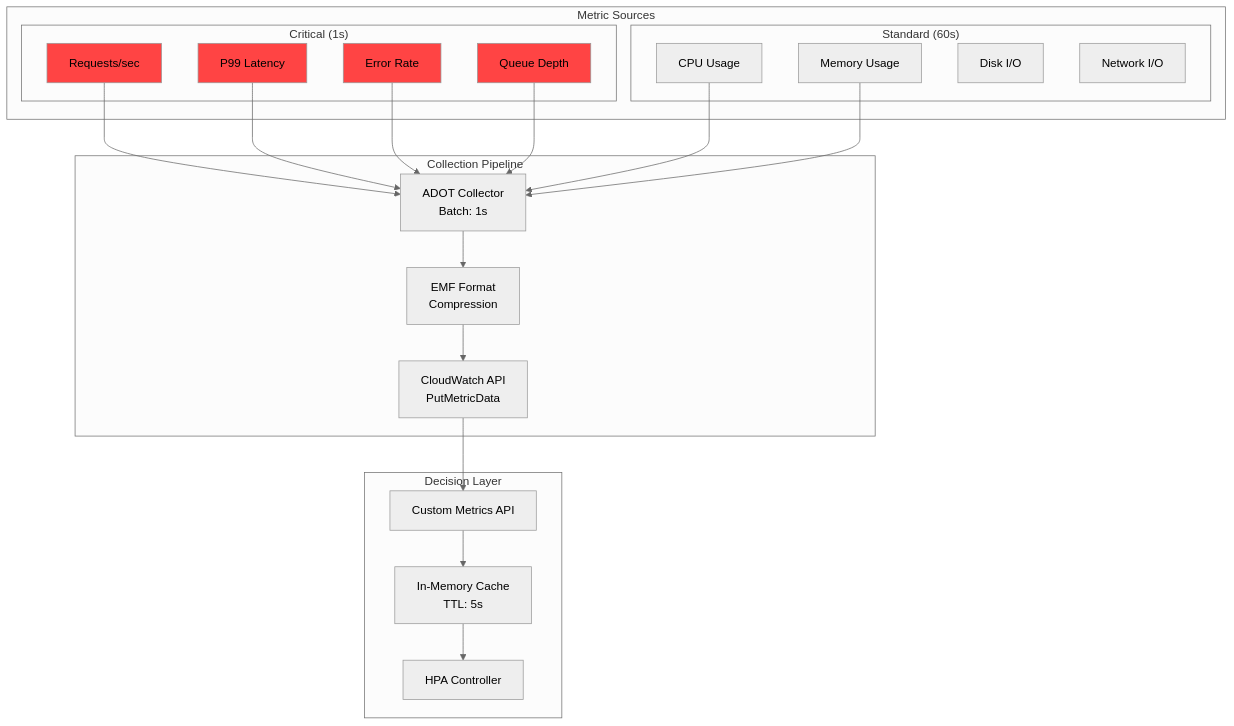
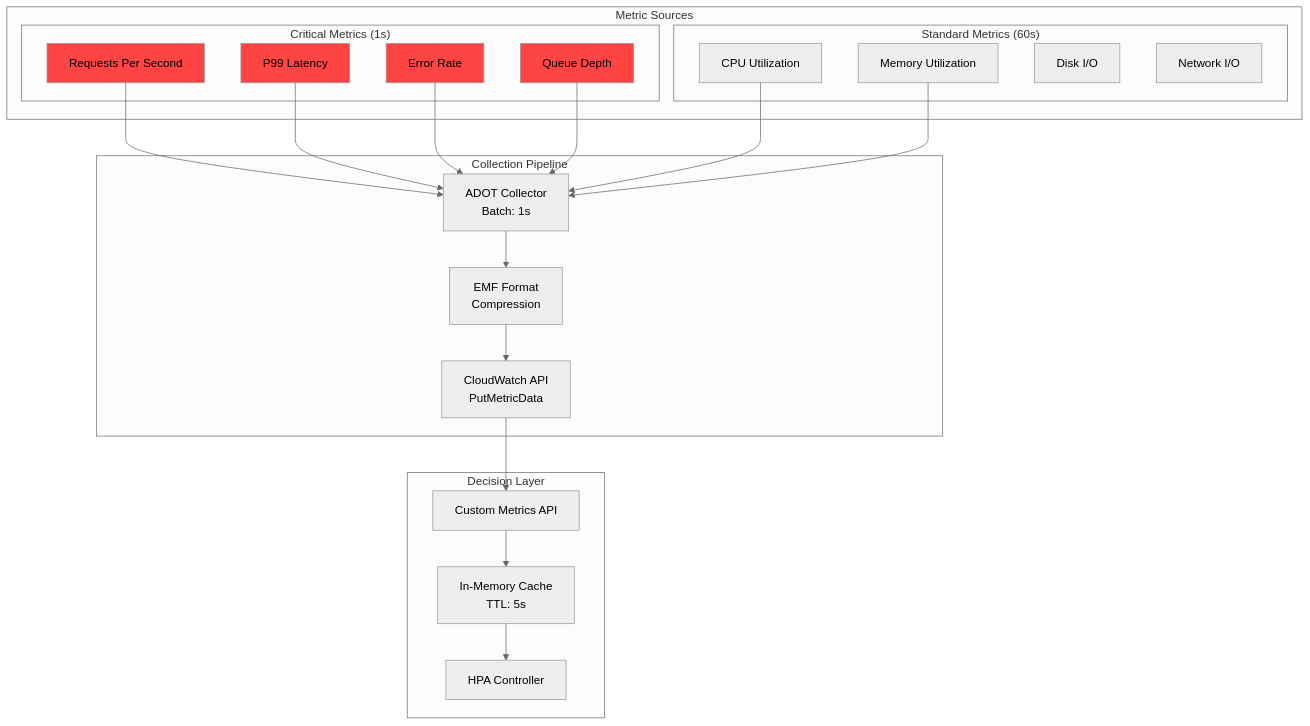
Before and after one commit to devfloor9/engineering-playbook: the fifth of 33 diagrams in i18n/en/docusaurus-plugin-content-docs/current/infrastructure-optimization/karpenter-autoscaling.md, drawn with Mermaid (neutral theme). The commit also changed other lines of this file and 43 other files, not shown here.

````diff
--- a/i18n/en/docusaurus-plugin-content-docs/current/infrastructure-optimization/karpenter-autoscaling.md
+++ b/i18n/en/docusaurus-plugin-content-docs/current/infrastructure-optimization/karpenter-autoscaling.md
@@ -125,50 +354,50 @@
 ```mermaid
 graph TB
     subgraph "Metric Sources"
-        subgraph "Critical (1s)"
-            RPS[Requests/sec]
+        subgraph "Critical Metrics (1s)"
+            RPS[Requests Per Second]
             LAT[P99 Latency]
             ERR[Error Rate]
             QUEUE[Queue Depth]
         end
 
-        subgraph "Standard (60s)"
-            CPU[CPU Usage]
-            MEM[Memory Usage]
+        subgraph "Standard Metrics (60s)"
+            CPU[CPU Utilization]
+            MEM[Memory Utilization]
             DISK[Disk I/O]
             NET[Network I/O]
         end
     end
 
     subgraph "Collection Pipeline"
         AGENT[ADOT Collector<br/>Batch: 1s]
         EMF[EMF Format<br/>Compression]
         CW[CloudWatch API<br/>PutMetricData]
     end
 
     subgraph "Decision Layer"
         API[Custom Metrics API]
         CACHE[In-Memory Cache<br/>TTL: 5s]
         HPA[HPA Controller]
     end
 
     RPS --> AGENT
     LAT --> AGENT
     ERR --> AGENT
     QUEUE --> AGENT
 
     CPU --> AGENT
     MEM --> AGENT
 
     AGENT --> EMF
     EMF --> CW
     CW --> API
     API --> CACHE
     CACHE --> HPA
 
     style RPS fill:#ff4444
     style LAT fill:#ff4444
     style ERR fill:#ff4444
     style QUEUE fill:#ff4444
 
 ```
````
